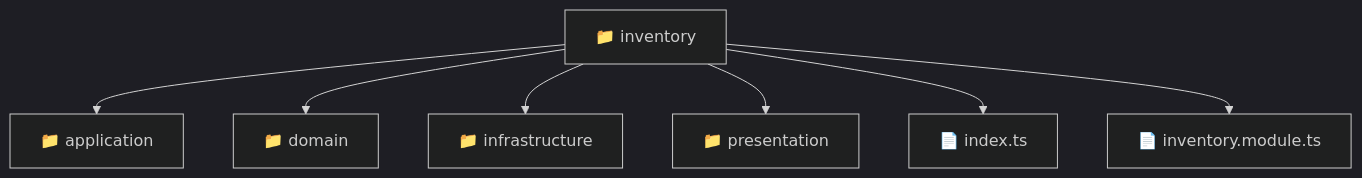
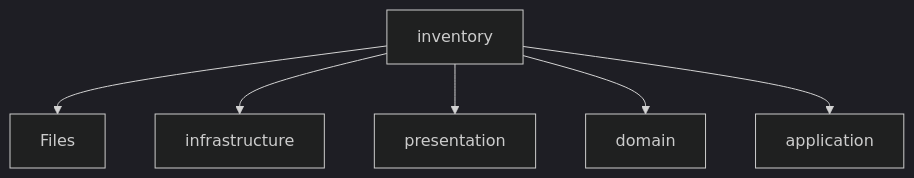
Before and after one commit to beginwebdev2002/fullstack-mavluda: the diagram in backend/src/modules/inventory/README.md, drawn with Mermaid (dark theme). The commit also changed other lines of this file and 163 other files, not shown here.

First line of the commit message:
feat: autogenerate localized directory readmes for architectural transparency

````diff
--- a/backend/src/modules/inventory/README.md
+++ b/backend/src/modules/inventory/README.md
@@ -9,10 +10,8 @@
 ```mermaid
 graph TD
-  Root["📁 inventory"]
-  Root --> application["📁 application"]
-  Root --> domain["📁 domain"]
-  Root --> infrastructure["📁 infrastructure"]
-  Root --> presentation["📁 presentation"]
-  Root --> index_ts["📄 index.ts"]
-  Root --> inventory_module_ts["📄 inventory.module.ts"]
+    inventory[inventory] --> Files
+    inventory --> infrastructure[infrastructure]
+    inventory --> presentation[presentation]
+    inventory --> domain[domain]
+    inventory --> application[application]
 ```
````
